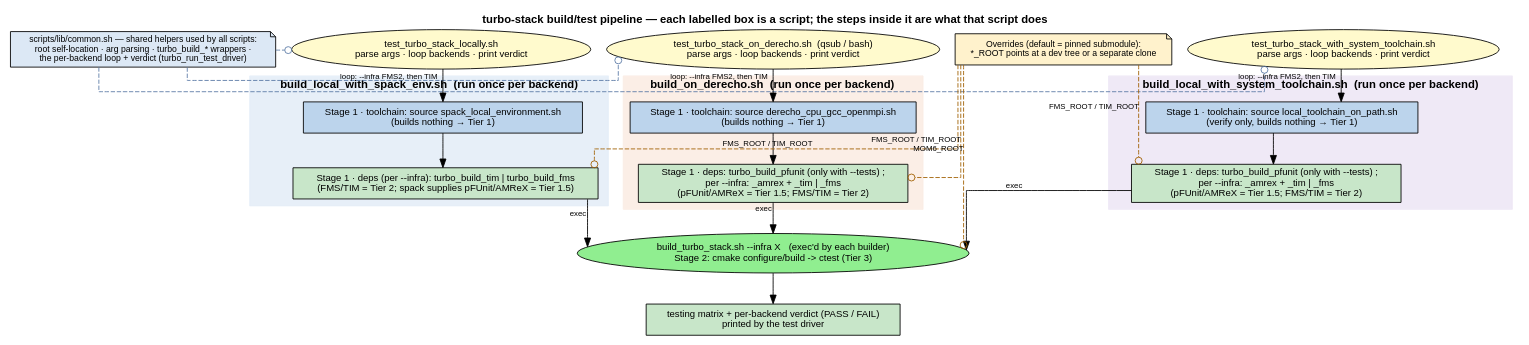
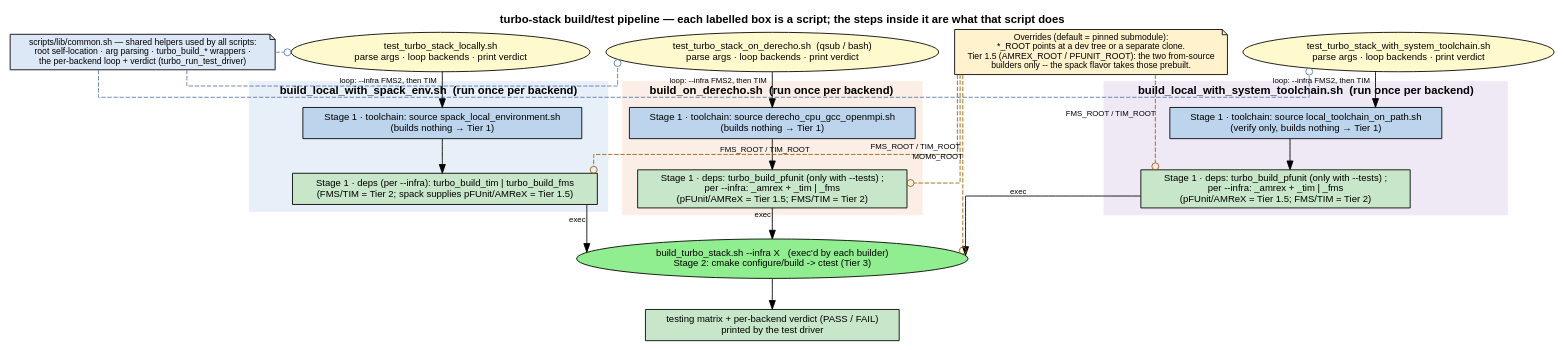
The diagram in docs/build_test_orchestration.dot (TURBO-ESM/turbo-stack), drawn with Graphviz before and after one commit. The commit also changed 5 other files, not shown here.

```diff
--- a/docs/build_test_orchestration.dot
+++ b/docs/build_test_orchestration.dot
@@ -1,80 +1,82 @@
 digraph build_test_orchestration {
     rankdir=TB;
     compound=true;
     newrank=true;
     node [shape=box, fontname="Helvetica", fontsize=11];
     edge [fontsize=9, fontname="Helvetica"];
     splines=ortho;
 
     label="turbo-stack build/test pipeline — each labelled box is a script; the steps inside it are what that script does";
     labelloc=t; fontname="Helvetica-Bold"; fontsize=13;
 
     // Shared helpers used by all scripts (substrate, not a flow step).
     core [shape=note, fillcolor="#dce8f5", style=filled, fontsize=10,
           label="scripts/lib/common.sh — shared helpers used by all scripts:\nroot self-location · arg parsing · turbo_build_* wrappers ·\nthe per-backend loop + verdict (turbo_run_test_driver)"];
 
     // ── Test drivers (what each driver script does is in its label) ───────────
     l_drv [label="test_turbo_stack_locally.sh\nparse args · loop backends · print verdict",
            shape=ellipse, fillcolor="#fffacd", style=filled];
     d_drv [label="test_turbo_stack_on_derecho.sh  (qsub / bash)\nparse args · loop backends · print verdict",
            shape=ellipse, fillcolor="#fffacd", style=filled];
     s_drv [label="test_turbo_stack_with_system_toolchain.sh\nparse args · loop backends · print verdict",
            shape=ellipse, fillcolor="#fffacd", style=filled];
     {rank=same; l_drv; s_drv; d_drv;}
 
     // ── Path A builder: the box IS build_local_with_spack_env.sh.  Its steps are
     //    Stage 1 (environment setup): source the toolchain, then build the deps ──
     subgraph cluster_lbld {
         label="build_local_with_spack_env.sh  (run once per backend)"; labeljust=l;
         style=filled; color="#e7eff8"; fontname="Helvetica-Bold";
         l_env  [label="Stage 1 · toolchain: source spack_local_environment.sh\n(builds nothing → Tier 1)", fillcolor="#bcd4ec", style=filled];
         l_deps [label="Stage 1 · deps (per --infra): turbo_build_tim | turbo_build_fms\n(FMS/TIM = Tier 2; spack supplies pFUnit/AMReX = Tier 1.5)", fillcolor="#c8e6c9", style=filled];
         l_env -> l_deps;
     }
 
     // ── Path B builder: build_on_derecho.sh ───────────────────────────────────
     subgraph cluster_dbld {
         label="build_on_derecho.sh  (run once per backend)"; labeljust=l;
         style=filled; color="#fbeee6"; fontname="Helvetica-Bold";
         d_env  [label="Stage 1 · toolchain: source derecho_cpu_gcc_openmpi.sh\n(builds nothing → Tier 1)", fillcolor="#bcd4ec", style=filled];
         d_deps [label="Stage 1 · deps: turbo_build_pfunit (only with --tests) ;\nper --infra: _amrex + _tim | _fms\n(pFUnit/AMReX = Tier 1.5; FMS/TIM = Tier 2)", fillcolor="#c8e6c9", style=filled];
         d_env -> d_deps;
     }
 
     // ── Path C builder: build_local_with_system_toolchain.sh ──────────────────
     subgraph cluster_sbld {
         label="build_local_with_system_toolchain.sh  (run once per backend)"; labeljust=l;
         style=filled; color="#efe9f6"; fontname="Helvetica-Bold";
         s_env  [label="Stage 1 · toolchain: source local_toolchain_on_path.sh\n(verify only, builds nothing → Tier 1)", fillcolor="#bcd4ec", style=filled];
         s_deps [label="Stage 1 · deps: turbo_build_pfunit (only with --tests) ;\nper --infra: _amrex + _tim | _fms\n(pFUnit/AMReX = Tier 1.5; FMS/TIM = Tier 2)", fillcolor="#c8e6c9", style=filled];
         s_env -> s_deps;
     }
 
     // ── Shared: both builders exec the same Stage-2 script ────────────────────
     bld [label="build_turbo_stack.sh --infra X   (exec'd by each builder)\nStage 2: cmake configure/build -> ctest (Tier 3)",
         shape=ellipse, fillcolor="#90ee90", style=filled];
     verdict [label="testing matrix + per-backend verdict (PASS / FAIL)\nprinted by the test driver", fillcolor="#c8e6c9", style=filled];
 
     // Driver loops its builder (enters at Stage 1); builder execs Stage 2.
     l_drv -> l_env [xlabel="loop: --infra FMS2, then TIM"];
     s_drv -> s_env [xlabel="loop: --infra FMS2, then TIM"];
     d_drv -> d_env [xlabel="loop: --infra FMS2, then TIM"];
     l_deps -> bld [xlabel="exec"];
     s_deps -> bld [xlabel="exec"];
     d_deps -> bld [xlabel="exec"];
     bld -> verdict;
 
     // common.sh is sourced by every script (dashed; doesn't constrain layout).
     core -> l_drv [style=dashed, color="#5b7aa6", arrowhead=odot, constraint=false];
     core -> s_drv [style=dashed, color="#5b7aa6", arrowhead=odot, constraint=false];
     core -> d_drv [style=dashed, color="#5b7aa6", arrowhead=odot, constraint=false];
 
-    // Overrides (default = pinned submodule).  Only the co-developed repos
-    // (FMS/TIM, Tier 2; MOM6, Tier 3) have a *_ROOT source swap.
+    // Overrides (default = pinned submodule).  A *_ROOT is read only where that
+    // dep is built from submodule: FMS/TIM (Tier 2) everywhere, MOM6 (Tier 3) at
+    // Stage 2, and AMReX/pFUnit (Tier 1.5) only in the two from-source builders
+    // -- the spack flavor takes those prebuilt and never consults their roots.
     hotswap [shape=note, fillcolor="#fff2cc", style=filled, fontsize=10,
-             label="Overrides (default = pinned submodule):\n*_ROOT points at a dev tree or a separate clone"];
+             label="Overrides (default = pinned submodule):\n*_ROOT points at a dev tree or a separate clone.\nTier 1.5 (AMREX_ROOT / PFUNIT_ROOT): the two from-source\nbuilders only -- the spack flavor takes those prebuilt."];
     hotswap -> l_deps [style=dashed, color="#a06000", arrowhead=odot, constraint=false, xlabel="FMS_ROOT / TIM_ROOT"];
     hotswap -> s_deps [style=dashed, color="#a06000", arrowhead=odot, constraint=false, xlabel="FMS_ROOT / TIM_ROOT"];
     hotswap -> d_deps [style=dashed, color="#a06000", arrowhead=odot, constraint=false, xlabel="FMS_ROOT / TIM_ROOT"];
     hotswap -> bld   [style=dashed, color="#a06000", arrowhead=odot, constraint=false, xlabel="MOM6_ROOT"];
 }
```
